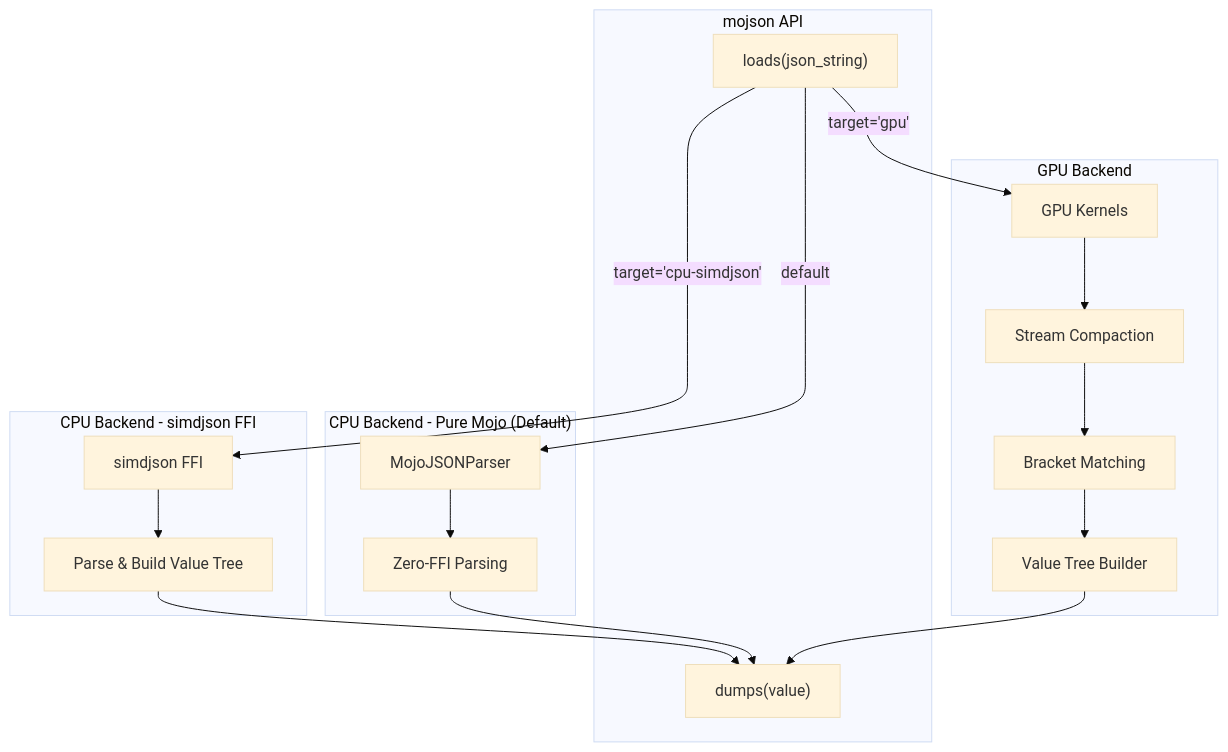
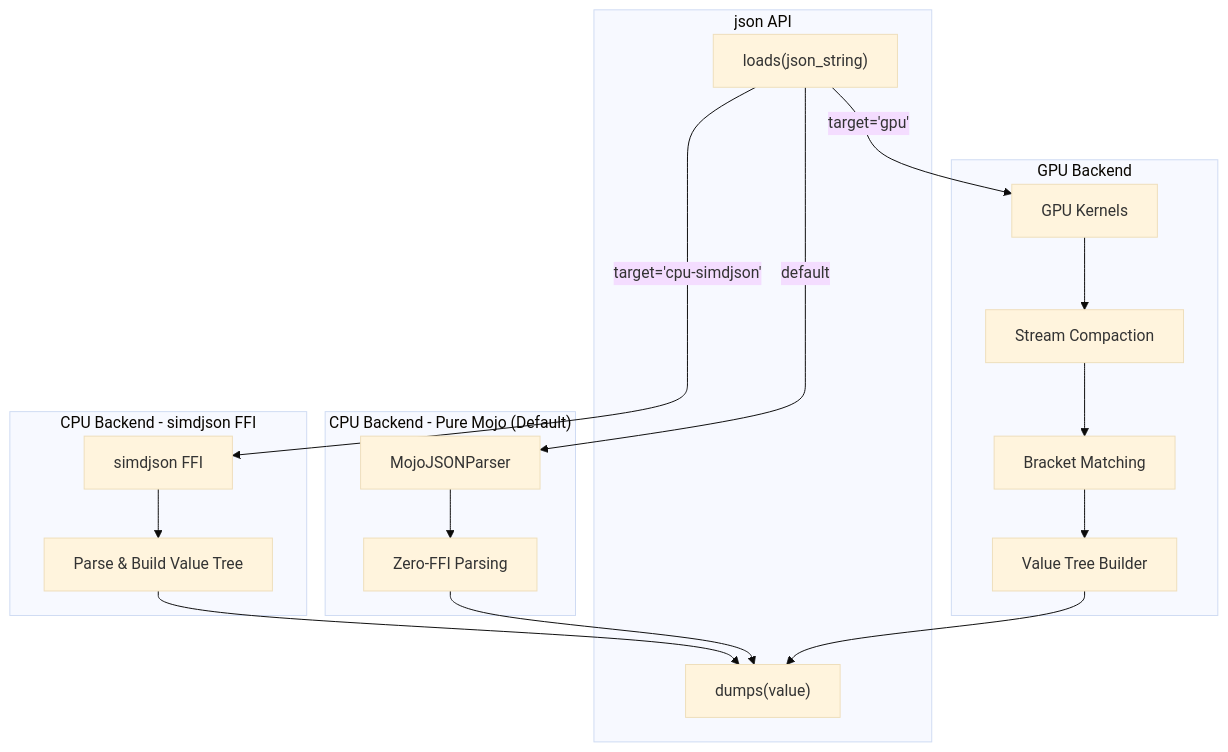
One commit to ehsanmok/mojson changed the first of 2 diagrams in docs/architecture.md. Above: the diagram before and after it, drawn with Mermaid (base theme). The commit also changed other lines of this file and 68 other files, not shown here.

First line of the commit message:
Rename package from mojson to json

````diff
--- a/docs/architecture.md
+++ b/docs/architecture.md
@@ -7,36 +7,36 @@
 ```mermaid
 graph TB
-    subgraph "mojson API"
+    subgraph "json API"
         loads["loads(json_string)"]
         dumps["dumps(value)"]
     end
 
     subgraph "CPU Backend - Pure Mojo (Default)"
         mojo_parser["MojoJSONParser"]
         mojo_parse["Zero-FFI Parsing"]
     end
 
     subgraph "CPU Backend - simdjson FFI"
         simdjson["simdjson FFI"]
         cpu_parse["Parse & Build Value Tree"]
     end
 
     subgraph "GPU Backend"
         gpu_kernels["GPU Kernels"]
         stream_compact["Stream Compaction"]
         bracket_match["Bracket Matching"]
         tree_build["Value Tree Builder"]
     end
 
     loads -->|"default"| mojo_parser
     loads -->|"target='cpu-simdjson'"| simdjson
     loads -->|"target='gpu'"| gpu_kernels
     simdjson --> cpu_parse
     mojo_parser --> mojo_parse
     gpu_kernels --> stream_compact
     stream_compact --> bracket_match
     bracket_match --> tree_build
     cpu_parse --> dumps
     mojo_parse --> dumps
     tree_build --> dumps
 ```
````
